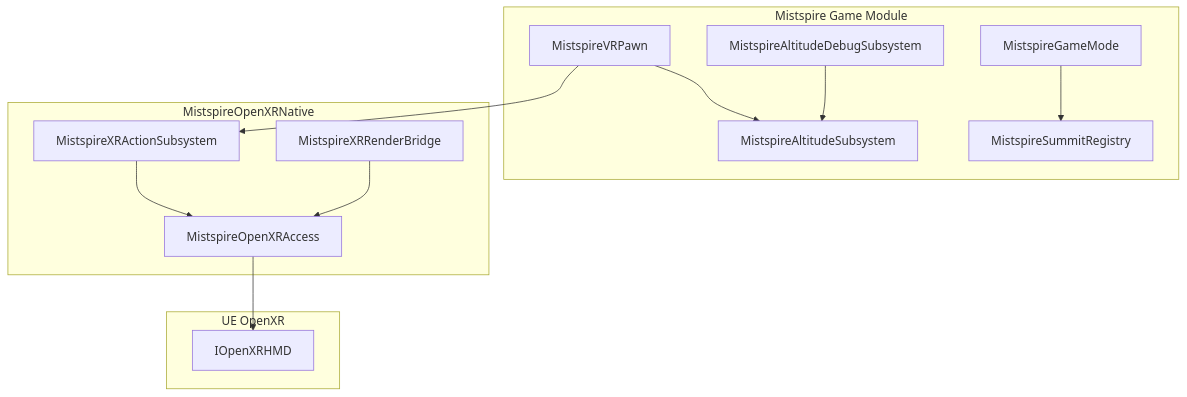
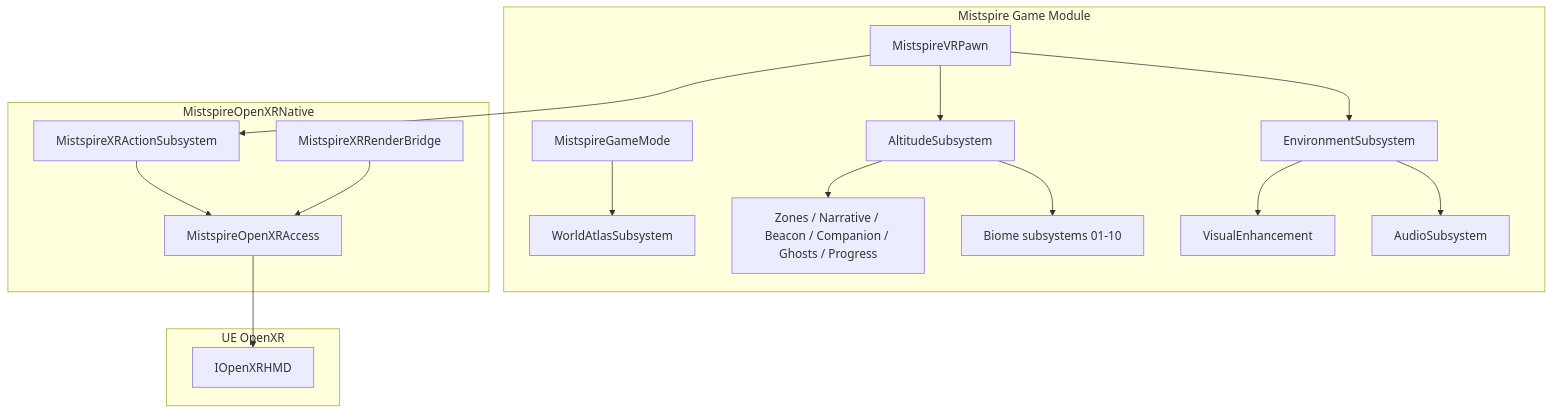
The diagram in docs/architecture/ARCHITECTURE.md (Team-Deepiri/deepiri-mistspire), drawn with Mermaid before and after one commit. The commit also changed other lines of this file and 21 other files, not shown here.

````diff
--- a/docs/architecture/ARCHITECTURE.md
+++ b/docs/architecture/ARCHITECTURE.md
@@ -5,24 +7,32 @@
 ```mermaid
 flowchart TB
   subgraph game [Mistspire Game Module]
     GM[MistspireGameMode]
     Pawn[MistspireVRPawn]
-    Alt[MistspireAltitudeSubsystem]
-    Sum[MistspireSummitRegistry]
-    Dbg[MistspireAltitudeDebugSubsystem]
+    Alt[AltitudeSubsystem]
+    Env[EnvironmentSubsystem]
+    Atlas[WorldAtlasSubsystem]
+    Imm[Zones / Narrative / Beacon / Companion / Ghosts / Progress]
+    Bio[Biome subsystems 01-10]
+    Vis[VisualEnhancement]
+    Aud[AudioSubsystem]
   end
   subgraph xr [MistspireOpenXRNative]
     Acc[MistspireOpenXRAccess]
     Act[MistspireXRActionSubsystem]
     Rnd[MistspireXRRenderBridge]
   end
   subgraph ue [UE OpenXR]
     HMD[IOpenXRHMD]
   end
   Pawn --> Alt
   Pawn --> Act
-  GM --> Sum
-  Dbg --> Alt
+  Pawn --> Env
+  GM --> Atlas
+  Alt --> Imm
+  Alt --> Bio
+  Env --> Vis
+  Env --> Aud
   Act --> Acc --> HMD
   Rnd --> Acc
 ```
````
